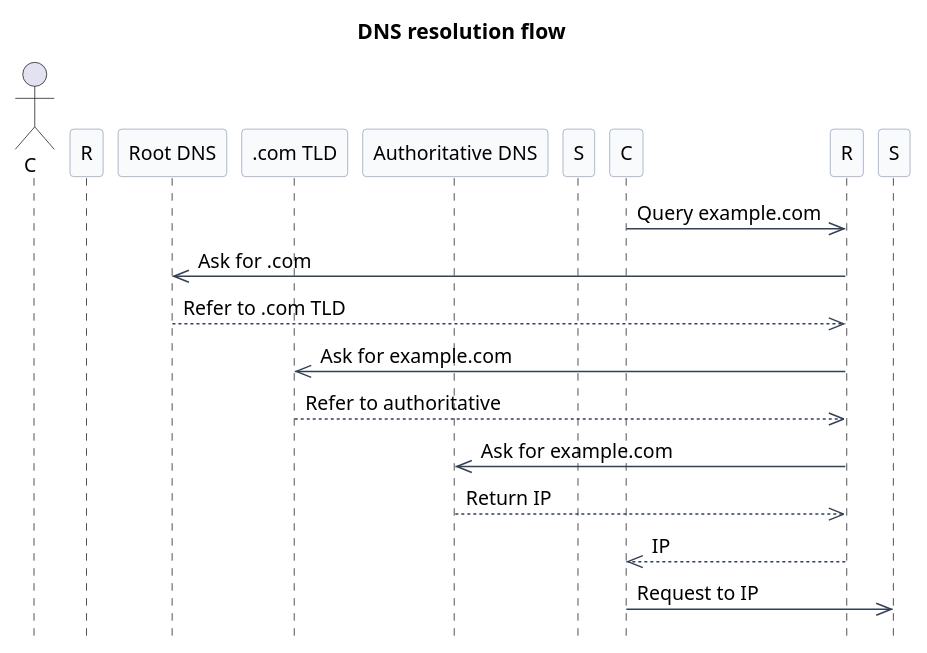
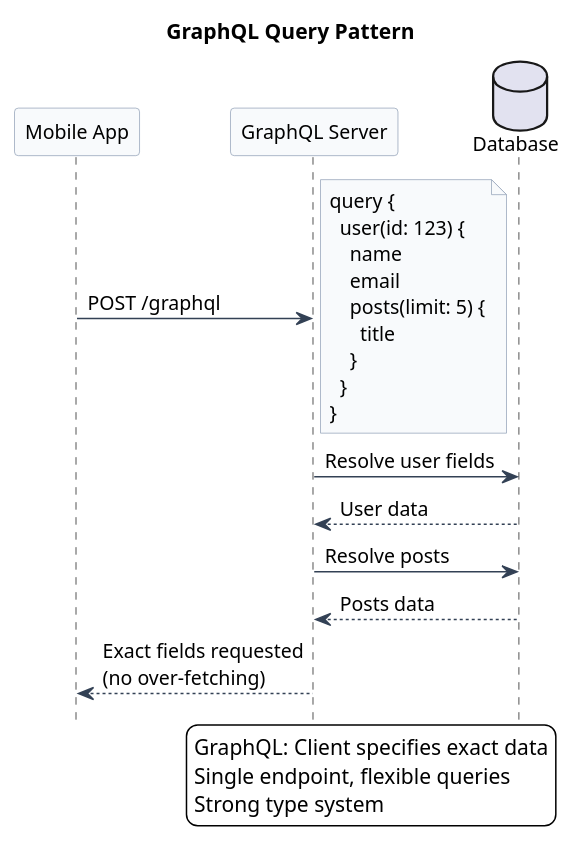
Before and after one commit to VivekGupta137/vgblog: the fourth of 33 diagrams in src/content/docs/high-level-design/fundamentals.md, drawn with PlantUML. The commit also changed other lines of this file and 8 other files, not shown here.

````diff
--- a/src/content/docs/high-level-design/fundamentals.md
+++ b/src/content/docs/high-level-design/fundamentals.md
@@ -20,30 +191,40 @@
 ```plantuml
 @startuml
-title DNS resolution flow
+title GraphQL Query Pattern
 skinparam backgroundColor #ffffff
 skinparam Shadowing false
 skinparam DefaultFontName Arial
 skinparam DefaultFontSize 13
 skinparam sequenceArrowColor #334155
 skinparam sequenceParticipantBorderColor #94a3b8
 skinparam sequenceParticipantBackgroundColor #f8fafc
 skinparam noteBackgroundColor #f8fafc
 skinparam noteBorderColor #94a3b8
 hide footbox
-actor C as Client
-participant R as Resolver
-participant Root as "Root DNS"
-participant TLD as ".com TLD"
-participant Auth as "Authoritative DNS"
-participant S as Server
-C ->> R: Query example.com
-R ->> Root: Ask for .com
-Root -->> R: Refer to .com TLD
-R ->> TLD: Ask for example.com
-TLD -->> R: Refer to authoritative
-R ->> Auth: Ask for example.com
-Auth -->> R: Return IP
-R -->> C: IP
-C ->> S: Request to IP
+participant "Mobile App" as Client
+participant "GraphQL Server" as GQL
+database "Database" as DB
+Client -> GQL: POST /graphql
+note right
+  query {
+    user(id: 123) {
+      name
+      email
+      posts(limit: 5) {
+        title
+      }
+    }
+  }
+end note
+GQL -> DB: Resolve user fields
+DB --> GQL: User data
+GQL -> DB: Resolve posts
+DB --> GQL: Posts data
+GQL --> Client: Exact fields requested\n(no over-fetching)
+legend right
+GraphQL: Client specifies exact data
+Single endpoint, flexible queries
+Strong type system
+endlegend
 @enduml
-```
+``` 
````
